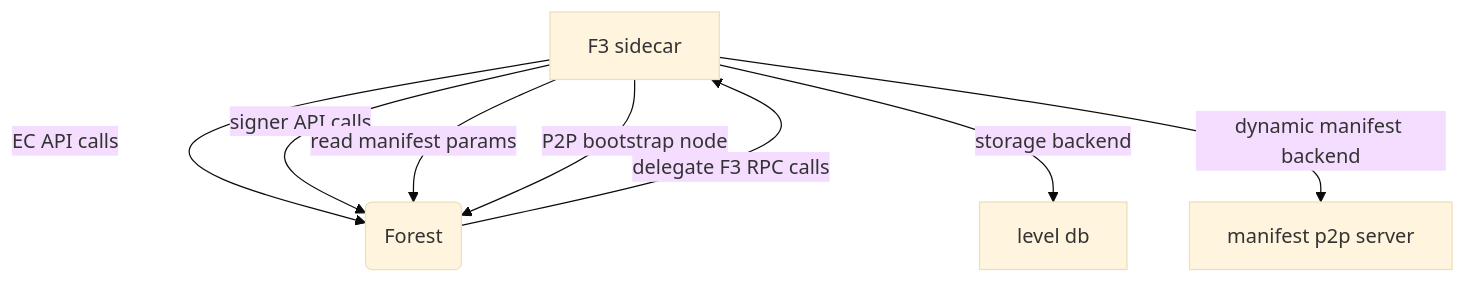
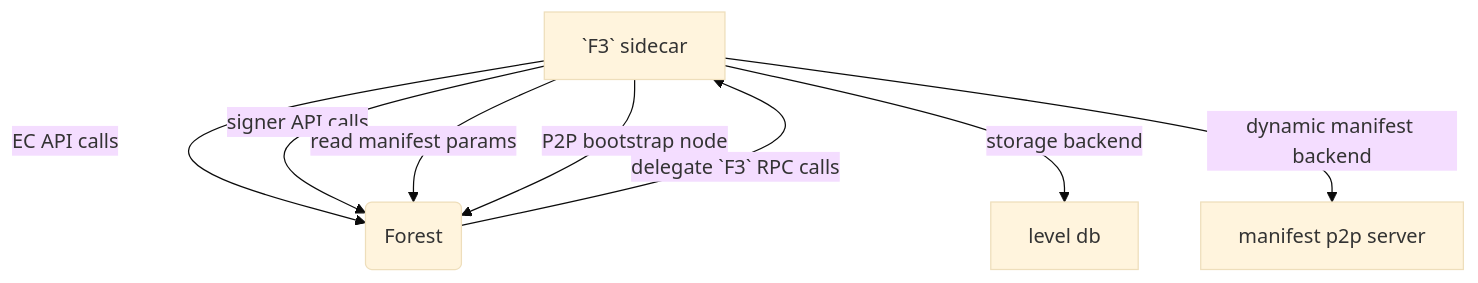
Before and after one commit to ChainSafe/forest: the diagram in f3-sidecar/README.md, drawn with Mermaid (base theme). The commit also changed other lines of this file and 122 other files, not shown here.

````diff
--- a/f3-sidecar/README.md
+++ b/f3-sidecar/README.md
@@ -49,10 +49,10 @@
 ```mermaid
 flowchart TD
-    A[F3 sidecar] -->|EC API calls| B(Forest)
+    A[`F3` sidecar] -->|EC API calls| B(Forest)
     A --> |signer API calls| B
     A --> |read manifest params| B
     A --> |P2P bootstrap node| B
-    B --> |delegate F3 RPC calls| A
+    B --> |delegate `F3` RPC calls| A
     A --> |storage backend| C[level db]
     A --> |dynamic manifest backend| D[manifest p2p server]
 ```
````
